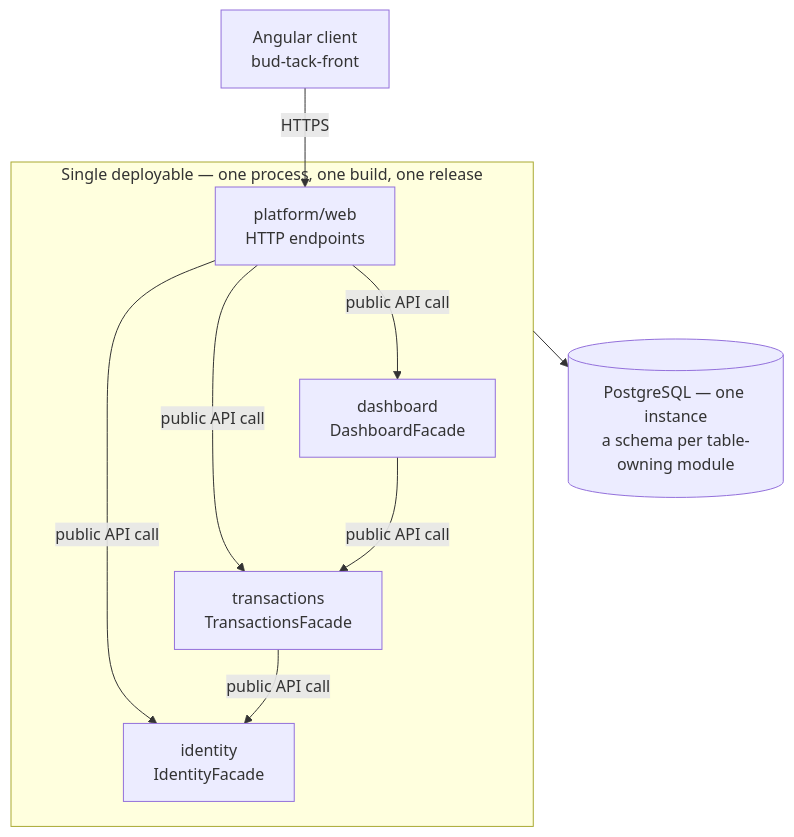
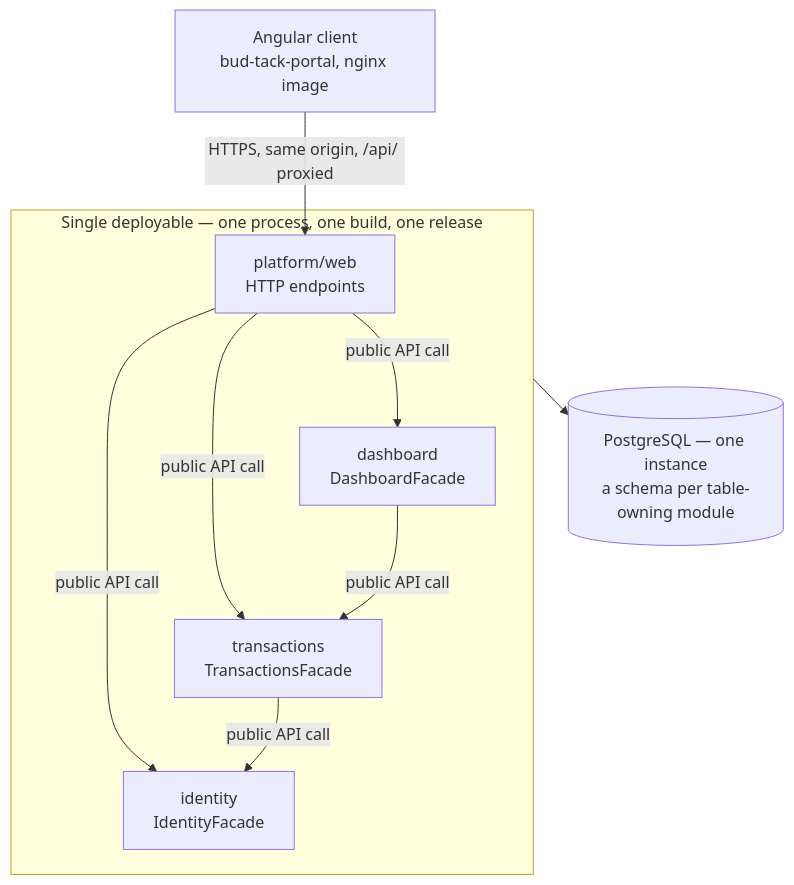
The diagram in docs/05-architecture/modular-monolith.md (Naudi13/budget-tracker), drawn with Mermaid before and after one commit. The commit also changed other lines of this file and 41 other files, not shown here.

````diff
--- a/docs/05-architecture/modular-monolith.md
+++ b/docs/05-architecture/modular-monolith.md
@@ -14,16 +14,16 @@
 ```mermaid
 flowchart TB
-    Front["Angular client<br/>bud-tack-front"] -->|HTTPS| Web
+    Front["Angular client<br/>bud-tack-portal, nginx image"] -->|HTTPS, same origin, /api/ proxied| Web
     subgraph App["Single deployable — one process, one build, one release"]
         Web["platform/web<br/>HTTP endpoints"]
         Identity["identity<br/>IdentityFacade"]
         Transactions["transactions<br/>TransactionsFacade"]
         Dashboard["dashboard<br/>DashboardFacade"]
         Web -->|public API call| Identity
         Web -->|public API call| Transactions
         Web -->|public API call| Dashboard
         Transactions -->|public API call| Identity
         Dashboard -->|public API call| Transactions
     end
     App --> DB[("PostgreSQL — one instance<br/>a schema per table-owning module")]
 ```
````
